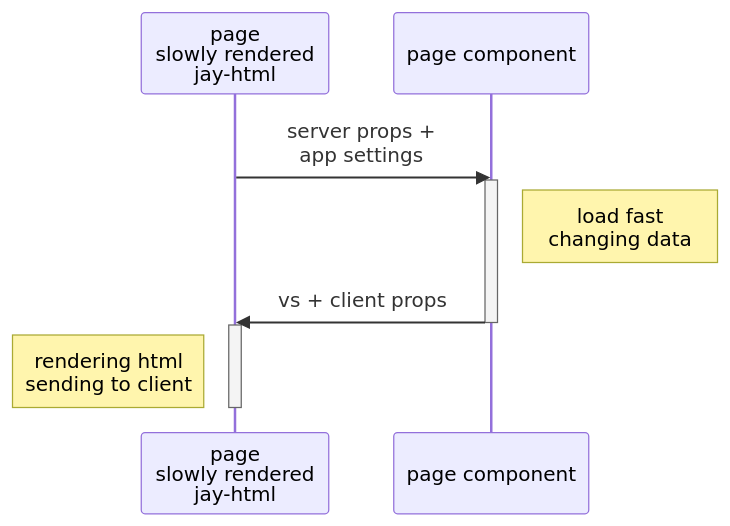
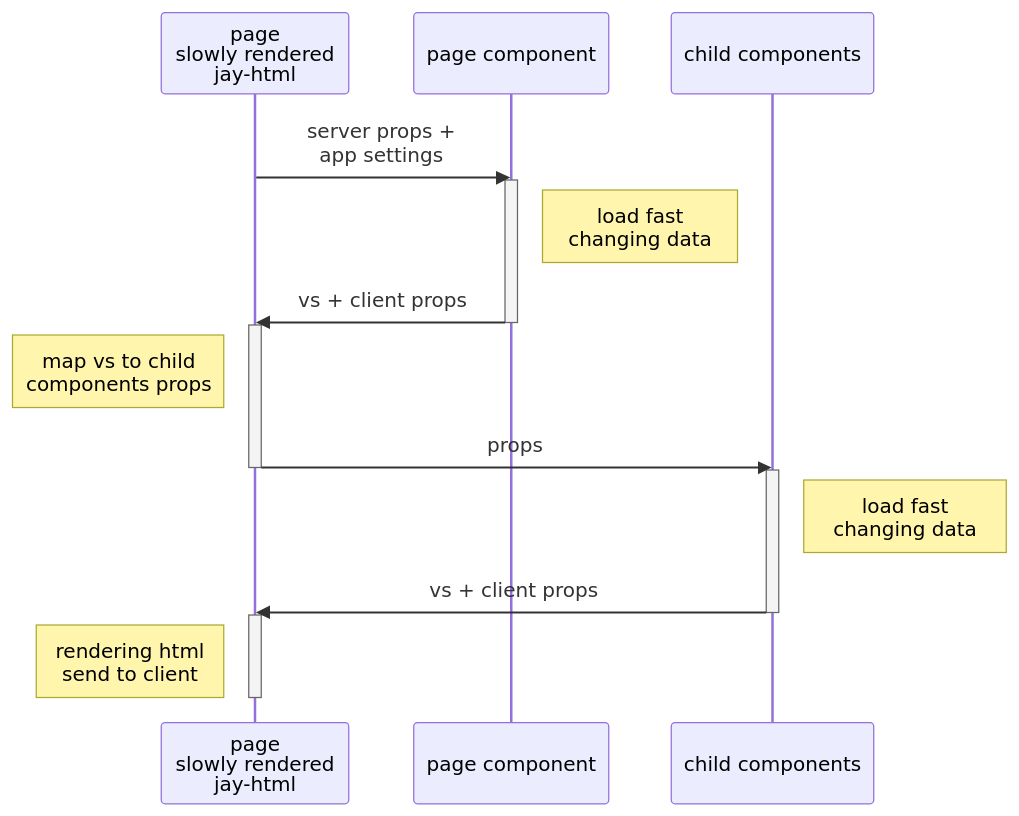
The diagram in design-log/34 - jay stack - rendering flow - fast changing.mmd (jay-framework/jay), drawn with Mermaid before and after one commit. The commit also changed 4 other files, not shown here.

Commit message:
updated diagrams

```diff
--- a/design-log/34 - jay stack - rendering flow - fast changing.mmd
+++ b/design-log/34 - jay stack - rendering flow - fast changing.mmd
@@ -1,11 +1,20 @@
 sequenceDiagram
     participant page as page <br>slowly rendered <br>jay-html
     participant comp as page component
+    participant child as child components
     page->>comp: server props + <br>app settings
     activate comp
     Note right of comp: load fast<br>changing data
     comp->>page: vs + client props
     deactivate comp
     activate page
-    Note left of page: rendering html<br>sending to client
+    Note left of page: map vs to child <br>components props
+    page->>child: props
     deactivate page
+    activate child
+    Note right of child: load fast<br>changing data
+    child->>page: vs + client props
+    deactivate child
+    activate page
+    Note left of page: rendering html<br>send to client
+    deactivate page
```
